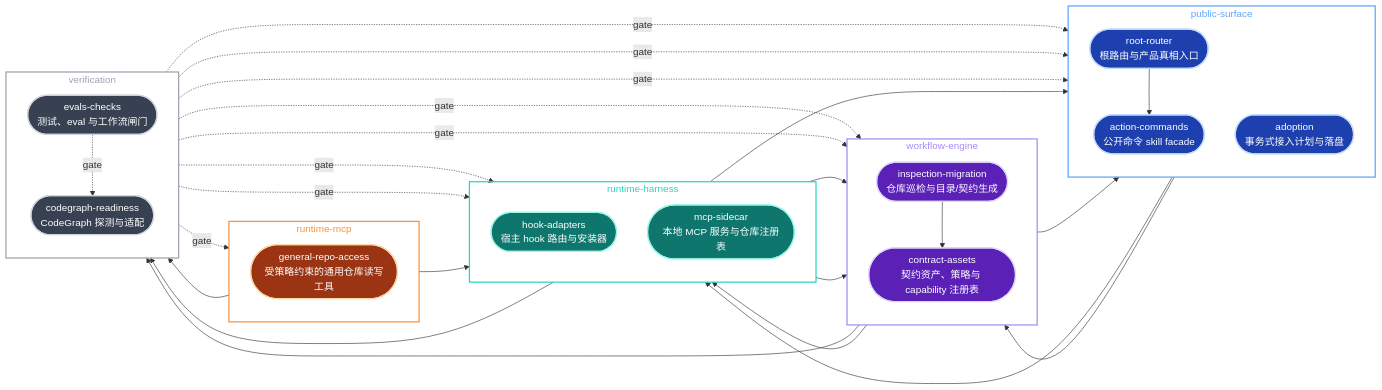
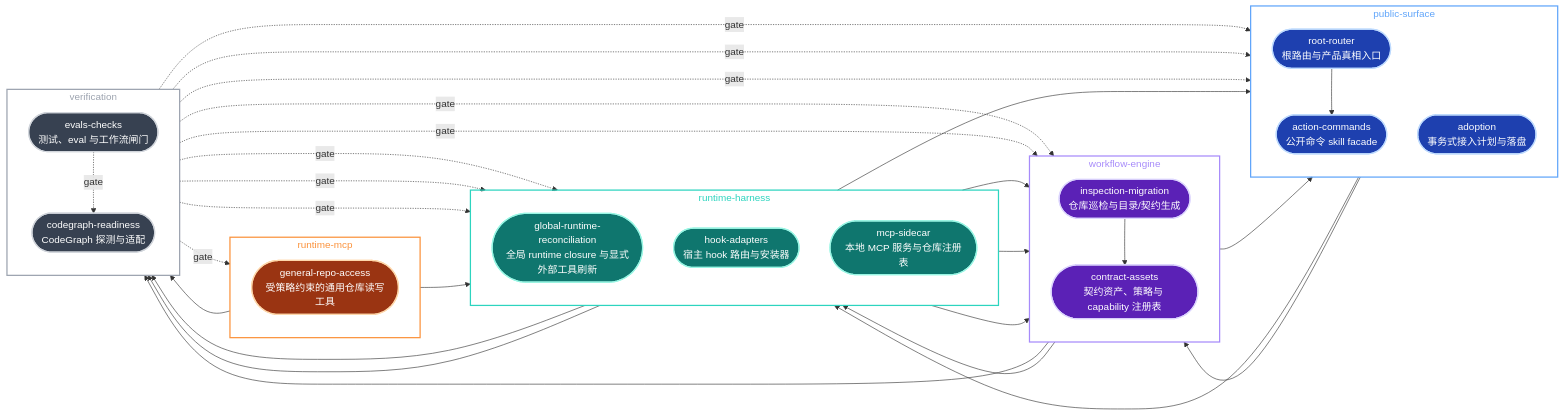
Before and after one commit to Ancienttwo/repo-harness: the diagram in docs/architecture/index.md, drawn with Mermaid. The commit also changed other lines of this file and 78 other files, not shown here.

````diff
--- a/docs/architecture/index.md
+++ b/docs/architecture/index.md
@@ -95,68 +95,72 @@
 ```mermaid
 flowchart LR
   classDef surface fill:#1e40af,stroke:#bfdbfe,stroke-width:2px,color:#fff
   classDef engine fill:#5b21b6,stroke:#ddd6fe,stroke-width:2px,color:#fff
   classDef harness fill:#0f766e,stroke:#99f6e4,stroke-width:2px,color:#fff
   classDef mcp fill:#9a3412,stroke:#fed7aa,stroke-width:2px,color:#fff
   classDef verify fill:#374151,stroke:#d1d5db,stroke-width:2px,color:#fff
 
   subgraph PS["public-surface"]
     direction TB
     RootRouter(["root-router<br/>根路由与产品真相入口"]):::surface
     ActionCommands(["action-commands<br/>公开命令 skill facade"]):::surface
     Adoption(["adoption<br/>事务式接入计划与落盘"]):::surface
   end
 
   subgraph WE["workflow-engine"]
     direction TB
     InspectionMigration(["inspection-migration<br/>仓库巡检与目录/契约生成"]):::engine
     ContractAssets(["contract-assets<br/>契约资产、策略与 capability 注册表"]):::engine
   end
 
   subgraph RH["runtime-harness"]
     direction TB
+    GlobalRuntime(["global-runtime-reconciliation<br/>全局 runtime closure 与显式外部工具刷新"]):::harness
     HookAdapters(["hook-adapters<br/>宿主 hook 路由与安装器"]):::harness
     McpSidecar(["mcp-sidecar<br/>本地 MCP 服务与仓库注册表"]):::harness
   end
 
   subgraph RM["runtime-mcp"]
     direction TB
     GeneralRepoAccess(["general-repo-access<br/>受策略约束的通用仓库读写工具"]):::mcp
   end
 
   subgraph VF["verification"]
     direction TB
     CodegraphReadiness(["codegraph-readiness<br/>CodeGraph 探测与适配"]):::verify
     EvalsChecks(["evals-checks<br/>测试、eval 与工作流闸门"]):::verify
   end
 
   RootRouter --> ActionCommands
   ContractAssets --> Adoption
   ContractAssets --> HookAdapters
   ContractAssets --> CodegraphReadiness
+  GlobalRuntime --> ContractAssets
+  GlobalRuntime --> CodegraphReadiness
   InspectionMigration --> ContractAssets
   Adoption --> ContractAssets
   Adoption --> McpSidecar
   HookAdapters --> ContractAssets
   HookAdapters --> ActionCommands
   McpSidecar --> ContractAssets
   McpSidecar --> CodegraphReadiness
   GeneralRepoAccess --> McpSidecar
   GeneralRepoAccess --> CodegraphReadiness
 
   EvalsChecks -.->|gate| RootRouter
   EvalsChecks -.->|gate| ActionCommands
   EvalsChecks -.->|gate| Adoption
   EvalsChecks -.->|gate| InspectionMigration
   EvalsChecks -.->|gate| ContractAssets
+  EvalsChecks -.->|gate| GlobalRuntime
   EvalsChecks -.->|gate| HookAdapters
   EvalsChecks -.->|gate| McpSidecar
   EvalsChecks -.->|gate| GeneralRepoAccess
   EvalsChecks -.->|gate| CodegraphReadiness
 
   style PS fill:none,stroke:#60a5fa,stroke-width:2px,color:#60a5fa
   style WE fill:none,stroke:#a78bfa,stroke-width:2px,color:#a78bfa
   style RH fill:none,stroke:#2dd4bf,stroke-width:2px,color:#2dd4bf
   style RM fill:none,stroke:#fb923c,stroke-width:2px,color:#fb923c
   style VF fill:none,stroke:#9ca3af,stroke-width:2px,color:#9ca3af
 ```
````
